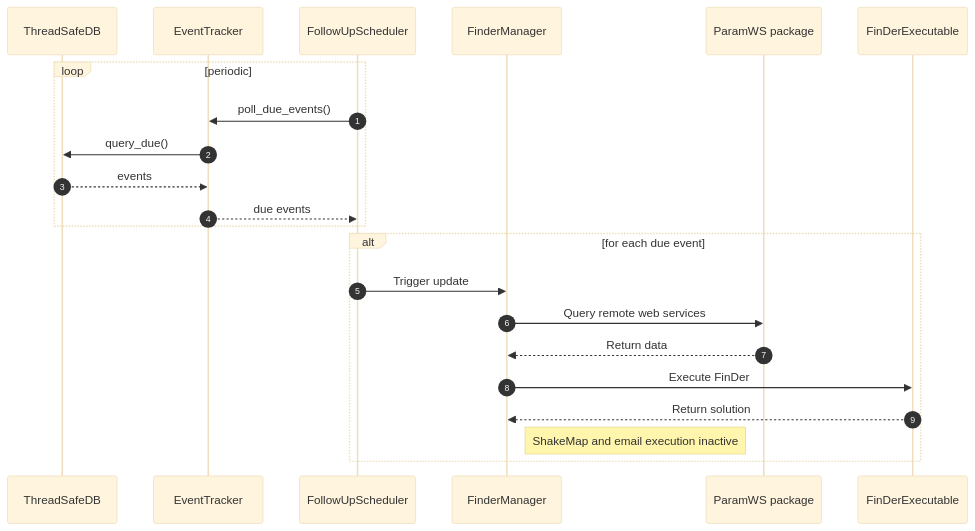
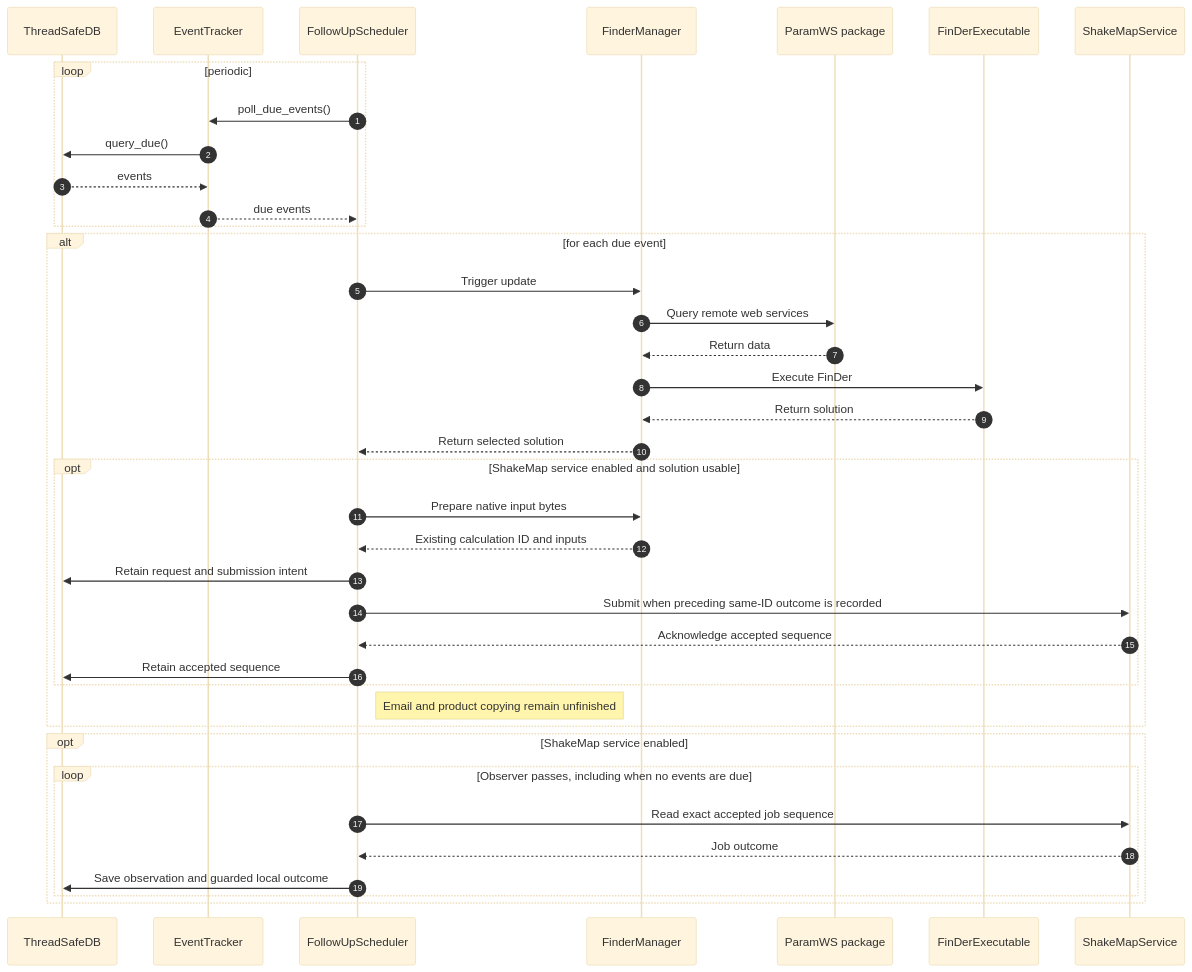
One commit to pyfinder-dev/pyfinder changed the second of 2 diagrams in README.md. Above: the diagram before and after it, drawn with Mermaid (base theme). The commit also changed other lines of this file and 15 other files, not shown here.

Commit message:
code: Connect ShakeMap's new execution modules, cleanup stale codes/comments

````diff
--- a/README.md
+++ b/README.md
@@ -62,28 +67,44 @@
 ```mermaid
 sequenceDiagram
     autonumber
     participant DB as ThreadSafeDB
     participant ET as EventTracker
     participant FUS as FollowUpScheduler
     participant FM as FinderManager
     participant P as ParamWS package
     participant FE as FinDerExecutable
+    participant SM as ShakeMapService
 
     loop periodic 
       FUS->>ET: poll_due_events()
       ET->>DB: query_due()
       DB-->>ET: events
       ET-->>FUS: due events
     end
 
     alt for each due event
       FUS->>FM: Trigger update
       FM->>P: Query remote web services
       P-->>FM: Return data
       FM->>FE: Execute FinDer
       FE-->>FM: Return solution
-      Note right of FM: ShakeMap and email execution inactive
+      FM-->>FUS: Return selected solution
+      opt ShakeMap service enabled and solution usable
+        FUS->>FM: Prepare native input bytes
+        FM-->>FUS: Existing calculation ID and inputs
+        FUS->>DB: Retain request and submission intent
+        FUS->>SM: Submit when preceding same-ID outcome is recorded
+        SM-->>FUS: Acknowledge accepted sequence
+        FUS->>DB: Retain accepted sequence
+      end
+      Note right of FUS: Email and product copying remain unfinished
     end
 
-    
+    opt ShakeMap service enabled
+      loop Observer passes, including when no events are due
+        FUS->>SM: Read exact accepted job sequence
+        SM-->>FUS: Job outcome
+        FUS->>DB: Save observation and guarded local outcome
+      end
+    end
 ```
````
